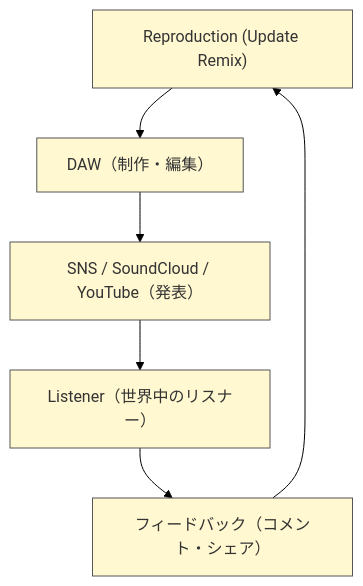
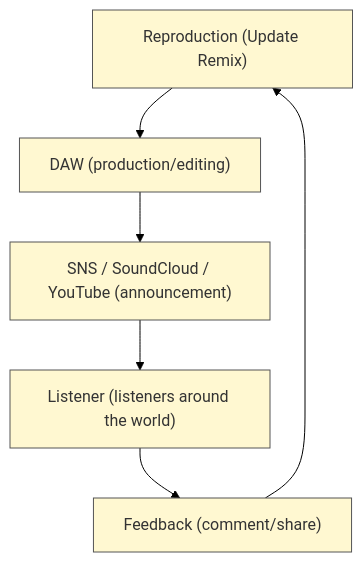
The first of 2 diagrams in en/_posts/2025-10-23-column-bedroom-producer-era.md (monumental-movement/monumental-movement.github.io), drawn with Mermaid (forest theme) before and after one commit. The commit also changed other lines of this file and 775 other files, not shown here.

```diff
--- a/en/_posts/2025-10-23-column-bedroom-producer-era.md
+++ b/en/_posts/2025-10-23-column-bedroom-producer-era.md
@@ -137,12 +137,12 @@
 <div class="mermaid">
 
 flowchart TD
-    A["Bedroom（個人空間）"] --> B["DAW（制作・編集）"]
-    B --> C["SNS / SoundCloud / YouTube（発表）"]
-    C --> D["Listener（世界中のリスナー）"]
-    D --> E["フィードバック（コメント・シェア）"]
+    A["Bedroom"] --> B["DAW (production/editing)"]
+    B --> C["SNS / SoundCloud / YouTube (announcement)"]
+    C --> D["Listener (listeners around the world)"]
+    D --> E["Feedback (comment/share)"]
     E --> A["Reproduction (Update Remix)"]
     classDef default fill:#fff8d1,stroke:#555,color:#333;
 
 
 </div>
```
